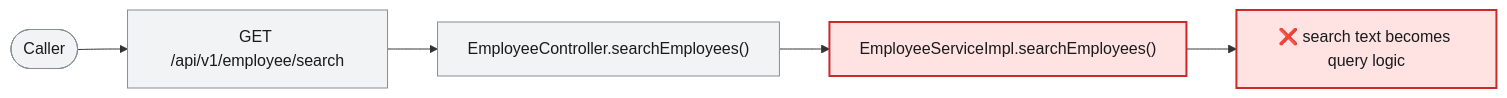
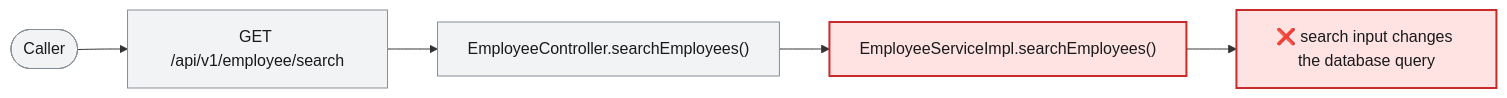
One commit to Udaradg/sample-java-project changed the third of 3 diagrams in docs/agent_output/03-blast-radius/blast_radius_ISSUE-003.md. Above: the diagram before and after it, drawn with Mermaid. The commit also changed other lines of this file and 52 other files, not shown here.

````diff
--- a/docs/agent_output/03-blast-radius/blast_radius_ISSUE-003.md
+++ b/docs/agent_output/03-blast-radius/blast_radius_ISSUE-003.md
@@ -113,17 +113,17 @@
 ```mermaid
 flowchart LR
   classDef broken fill:#ffe3e3,stroke:#c92a2a,stroke-width:2px,color:#1a1a1a
   classDef degraded fill:#fff3bf,stroke:#e8590c,stroke-width:2px,color:#1a1a1a
   classDef atrisk fill:#fff9db,stroke:#f08c00,stroke-width:1px,color:#1a1a1a
   classDef ok fill:#e6fcf5,stroke:#2f9e44,stroke-width:1px,color:#1a1a1a
   classDef neutral fill:#f1f3f5,stroke:#868e96,stroke-width:1px,color:#1a1a1a
   CALLER(["Caller"]):::neutral
   EP["GET /api/v1/employee/search"]:::neutral
   CALLER --> EP
   N0["EmployeeController.searchEmployees()"]:::neutral
   EP --> N0
   N1["EmployeeServiceImpl.searchEmployees()"]:::broken
   N0 --> N1
-  FAIL["❌ search text becomes query logic"]:::broken
+  FAIL["❌ search input changes the database query"]:::broken
   N1 --> FAIL
 ```
````
